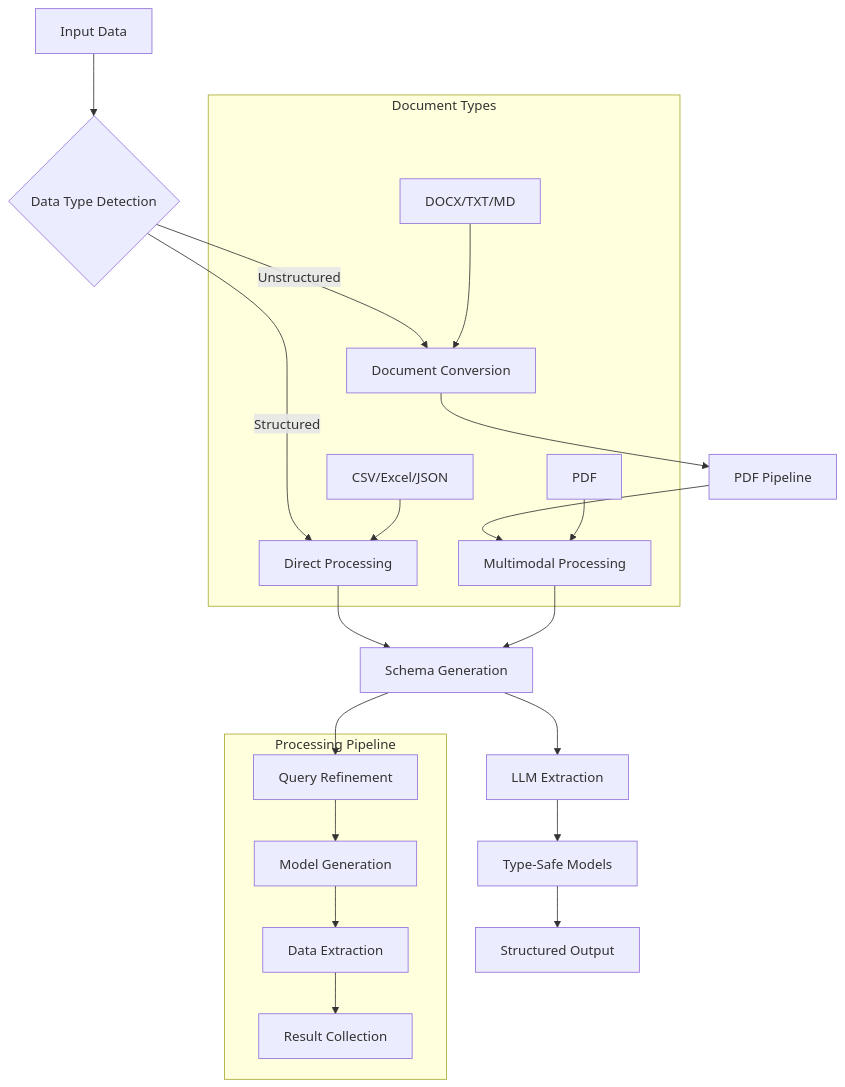
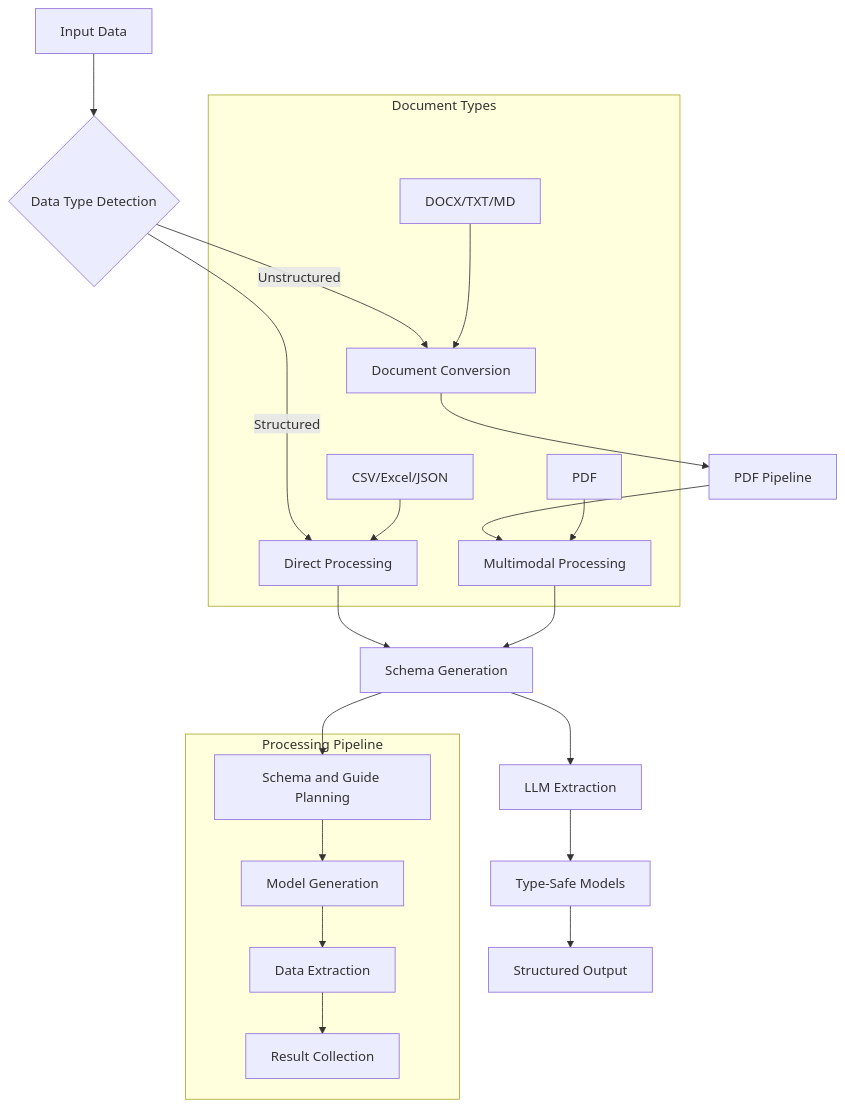
Before and after one commit to Blacksuan19/structx: the diagram in docs/index.md, drawn with Mermaid. The commit also changed 10 other files, not shown here.

````diff
--- a/docs/index.md
+++ b/docs/index.md
@@ -56,29 +56,29 @@
 ```mermaid
 graph TB
     A[Input Data] --> B{Data Type Detection}
     B -->|Structured| C[Direct Processing]
     B -->|Unstructured| D[Document Conversion]
 
     C --> E[Schema Generation]
     D --> F[PDF Pipeline]
     F --> G[Multimodal Processing]
     G --> E
 
     E --> H[LLM Extraction]
     H --> I[Type-Safe Models]
     I --> J[Structured Output]
 
     subgraph "Document Types"
         K[CSV/Excel/JSON] --> C
         L[PDF] --> G
         M[DOCX/TXT/MD] --> D
     end
 
     subgraph "Processing Pipeline"
-        N[Query Refinement] --> O[Model Generation]
+        N[Schema and Guide Planning] --> O[Model Generation]
         O --> P[Data Extraction]
         P --> Q[Result Collection]
     end
 
     E --> N
 ```
````
